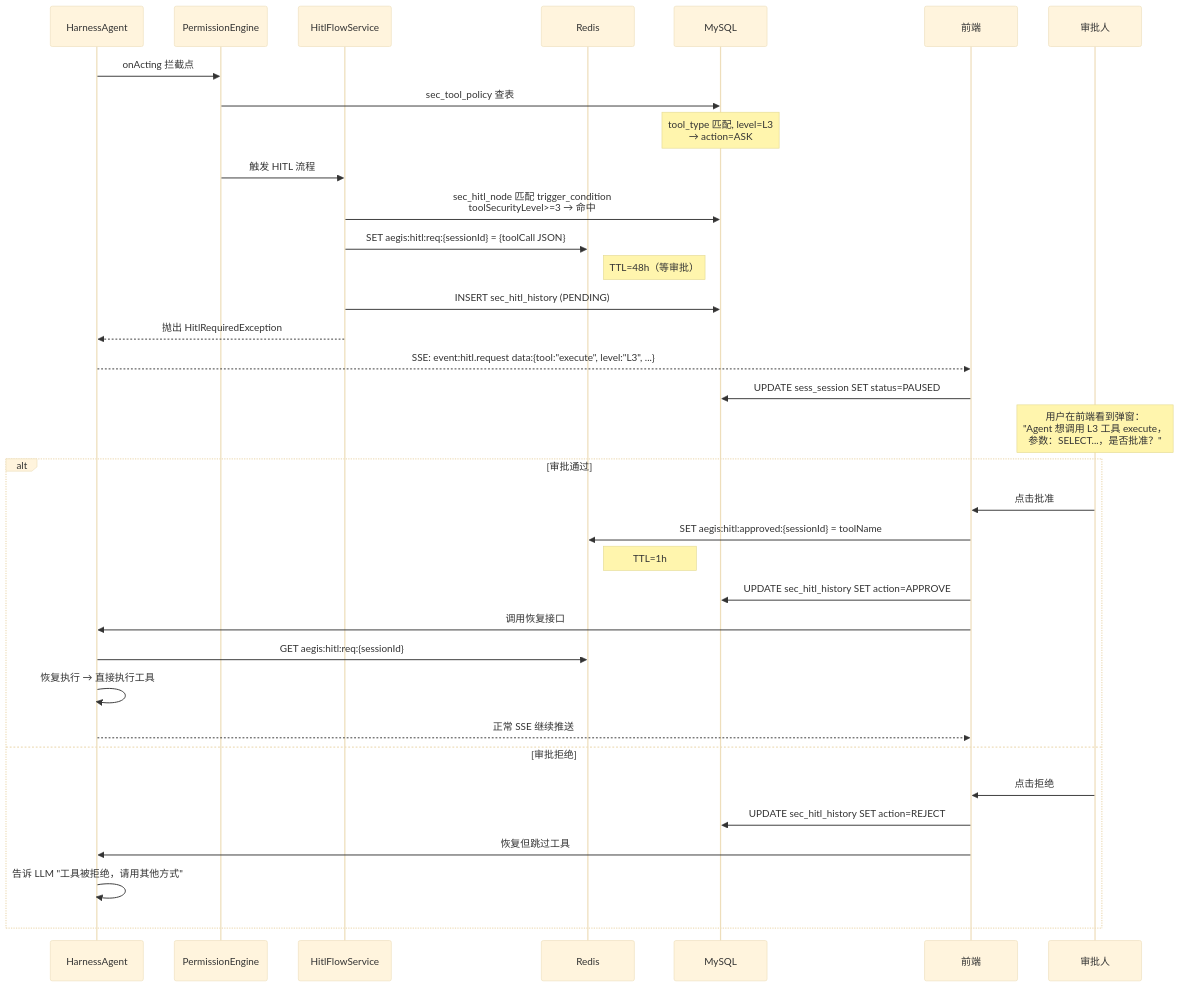
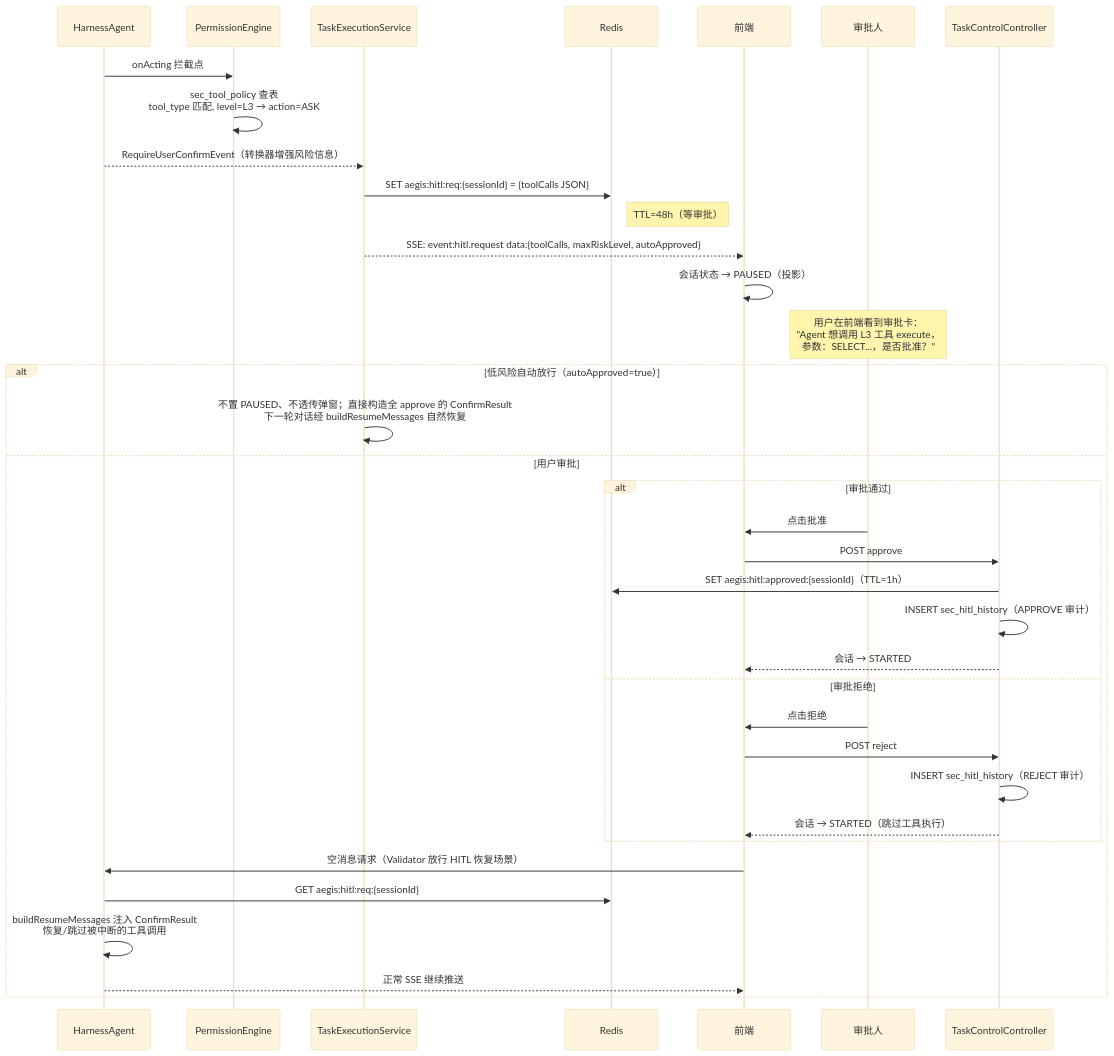
The tenth of 11 diagrams in docs/runtime-execution-flow.md (HarnessAgentStack/AegisAgent), drawn with Mermaid (base theme) before and after one commit. The commit also changed other lines of this file and 1 other file, not shown here.

````diff
--- a/docs/runtime-execution-flow.md
+++ b/docs/runtime-execution-flow.md
@@ -487,43 +567,41 @@
 ```mermaid
 sequenceDiagram
     participant AS as HarnessAgent
     participant PE as PermissionEngine
-    participant HF as HitlFlowService
+    participant RT as TaskExecutionService
     participant Redis as Redis
-    participant MySQL as MySQL
     participant FE as 前端
     participant User as 审批人
+    participant TCC as TaskControlController
 
     AS->>PE: onActing 拦截点
-    PE->>MySQL: sec_tool_policy 查表
-    Note over MySQL: tool_type 匹配, level=L3<br/>→ action=ASK
-    PE->>HF: 触发 HITL 流程
-    HF->>MySQL: sec_hitl_node 匹配 trigger_condition<br/>toolSecurityLevel>=3 → 命中
+    PE->>PE: sec_tool_policy 查表<br/>tool_type 匹配, level=L3 → action=ASK
+    AS-->>RT: RequireUserConfirmEvent（转换器增强风险信息）
+    RT->>Redis: SET aegis:hitl:req:{sessionId} = {toolCalls JSON}
+    Note right of Redis: TTL=48h（等审批）
+    RT-->>FE: SSE: event:hitl.request data:{toolCalls, maxRiskLevel, autoApproved}
+    FE->>FE: 会话状态 → PAUSED（投影）
 
-    HF->>Redis: SET aegis:hitl:req:{sessionId} = {toolCall JSON}
-    Note right of Redis: TTL=48h（等审批）
+    Note over User: 用户在前端看到审批卡：<br/>"Agent 想调用 L3 工具 execute，<br/>参数：SELECT...，是否批准？"
 
-    HF->>MySQL: INSERT sec_hitl_history (PENDING)
-    HF-->>AS: 抛出 HitlRequiredException
-    AS-->>FE: SSE: event:hitl.request data:{tool:"execute", level:"L3", ...}
-
-    FE->>MySQL: UPDATE sess_session SET status=PAUSED
-
-    Note over User: 用户在前端看到弹窗：<br/>"Agent 想调用 L3 工具 execute，<br/>参数：SELECT...，是否批准？"
-
-    alt 审批通过
-        User->>FE: 点击批准
-        FE->>Redis: SET aegis:hitl:approved:{sessionId} = toolName
-        Note right of Redis: TTL=1h
-        FE->>MySQL: UPDATE sec_hitl_history SET action=APPROVE
-        FE->>AS: 调用恢复接口
+    alt 低风险自动放行（autoApproved=true）
+        RT->>RT: 不置 PAUSED、不透传弹窗；直接构造全 approve 的 ConfirmResult<br/>下一轮对话经 buildResumeMessages 自然恢复
+    else 用户审批
+        alt 审批通过
+            User->>FE: 点击批准
+            FE->>TCC: POST approve
+            TCC->>Redis: SET aegis:hitl:approved:{sessionId}（TTL=1h）
+            TCC->>TCC: INSERT sec_hitl_history（APPROVE 审计）
+            TCC-->>FE: 会话 → STARTED
+        else 审批拒绝
+            User->>FE: 点击拒绝
+            FE->>TCC: POST reject
+            TCC->>TCC: INSERT sec_hitl_history（REJECT 审计）
+            TCC-->>FE: 会话 → STARTED（跳过工具执行）
+        end
+        FE->>AS: 空消息请求（Validator 放行 HITL 恢复场景）
         AS->>Redis: GET aegis:hitl:req:{sessionId}
-        AS->>AS: 恢复执行 → 直接执行工具
+        AS->>AS: buildResumeMessages 注入 ConfirmResult<br/>恢复/跳过被中断的工具调用
         AS-->>FE: 正常 SSE 继续推送
-    else 审批拒绝
-        User->>FE: 点击拒绝
-        FE->>MySQL: UPDATE sec_hitl_history SET action=REJECT
-        FE->>AS: 恢复但跳过工具
-        AS->>AS: 告诉 LLM "工具被拒绝，请用其他方式"
     end
 ```
````
